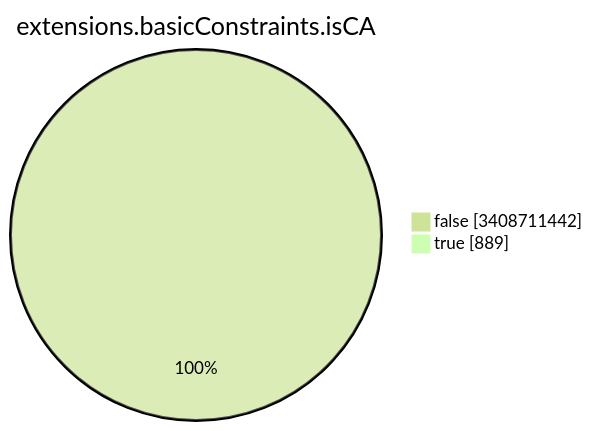
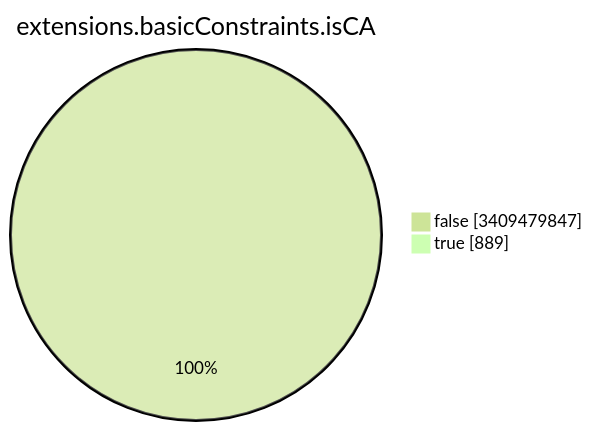
The seventh of 15 diagrams in TOTAL/README.md (christiankrug/ctmonitor_visualization), drawn with Mermaid (forest theme) before and after one commit. The commit also changed other lines of this file, not shown here.

````diff
--- a/TOTAL/README.md
+++ b/TOTAL/README.md
@@ -3092,6 +3092,6 @@
 ```mermaid
 pie showData
 title extensions.basicConstraints.isCA
-"false" :3408711442
+"false" :3409479847
 "true" :889
 ```
````
